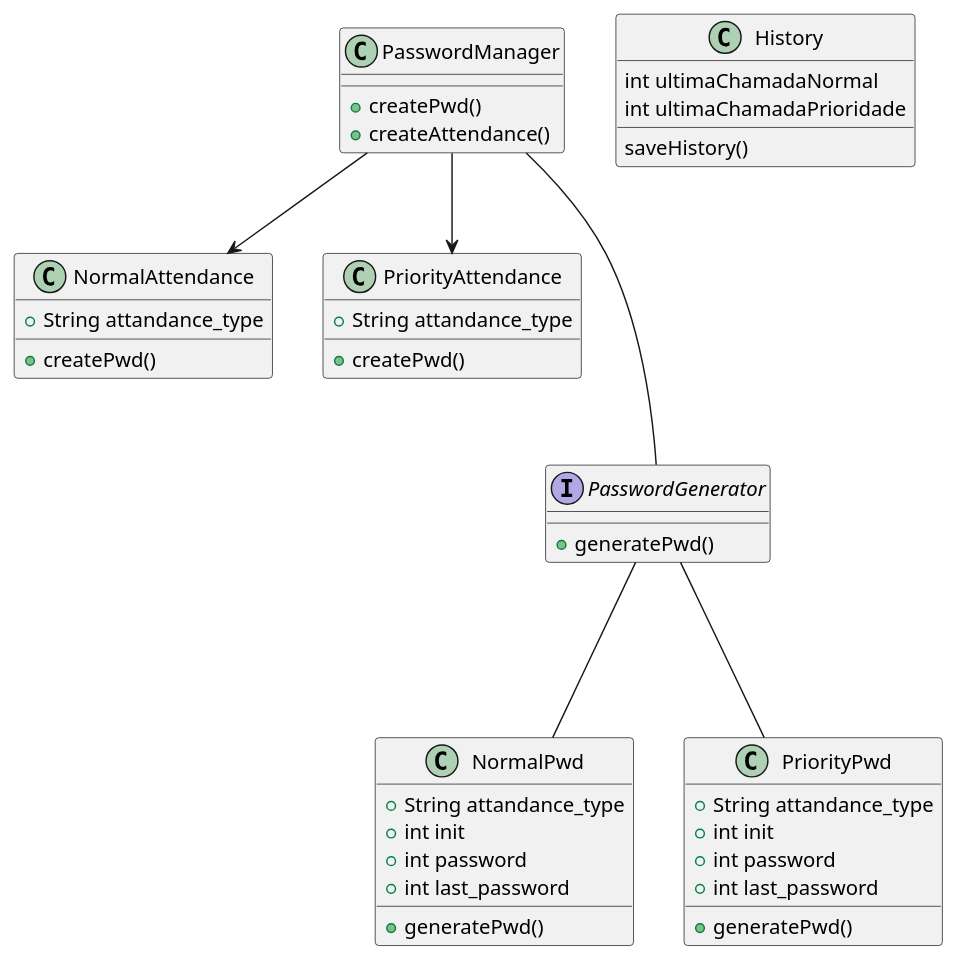
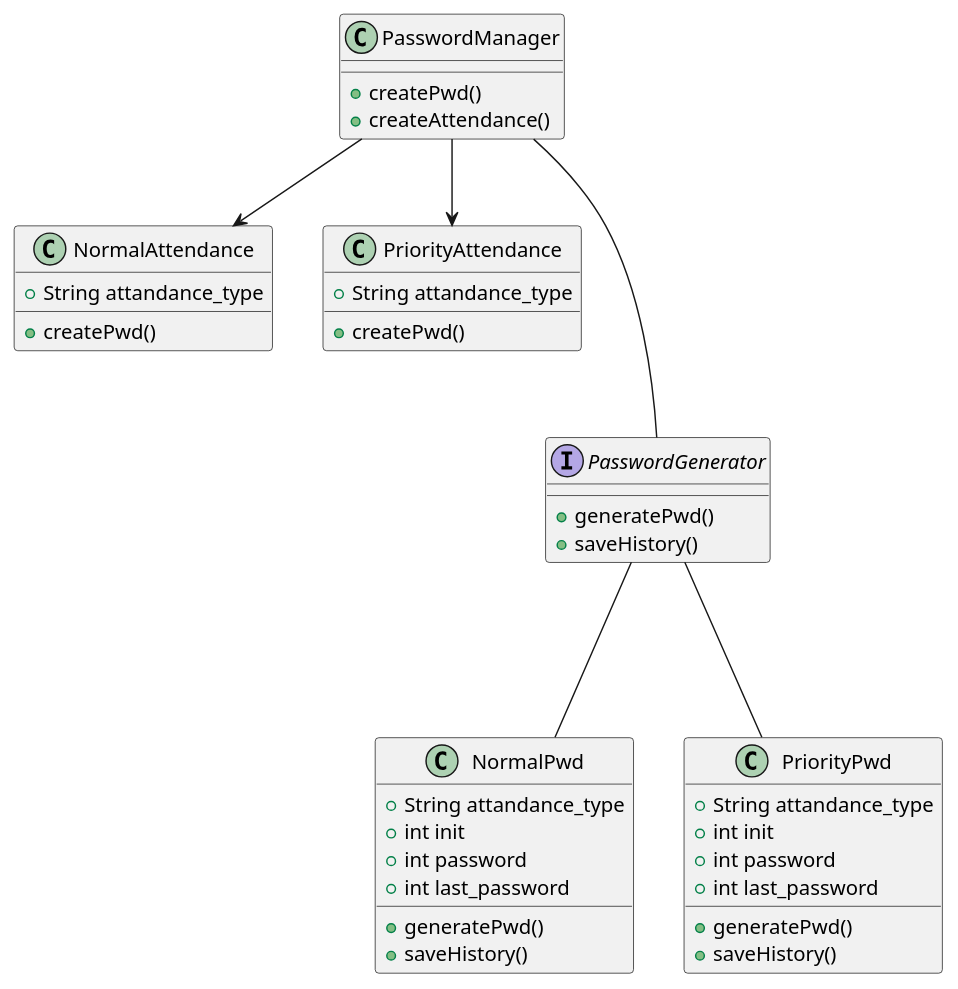
Before and after one commit to davieduardo94/attendance_pass_manager: the diagram in schema_password_generator.plantuml, drawn with PlantUML.

Commit message:
update schema

```diff
--- a/schema_password_generator.plantuml
+++ b/schema_password_generator.plantuml
@@ -1,56 +1,52 @@
 @startuml Senha
 
 class PasswordManager {
     +createPwd()
     +createAttendance()
 }
 
 
 class NormalAttendance{
     +String attandance_type
     
     +createPwd()
 }
 
 class PriorityAttendance{
     +String attandance_type
     
     +createPwd()
 }
 
 interface PasswordGenerator{
     +generatePwd()
+    +saveHistory()
 }
 
 class NormalPwd{
     +String attandance_type
     +int init
     +int password
     +int last_password
 
     +generatePwd()
+    +saveHistory()
 }
 
 class PriorityPwd {
     +String attandance_type
     +int init
     +int password
     +int last_password
 
     +generatePwd()
-}
-
-class History{
-    int ultimaChamadaNormal
-    int ultimaChamadaPrioridade
-
-    saveHistory()
+    +saveHistory()
 }
 
 PasswordGenerator --- NormalPwd
 PasswordGenerator --- PriorityPwd
 PasswordManager --- PasswordGenerator
 PasswordManager --> NormalAttendance
 PasswordManager --> PriorityAttendance
 
 @enduml
```
